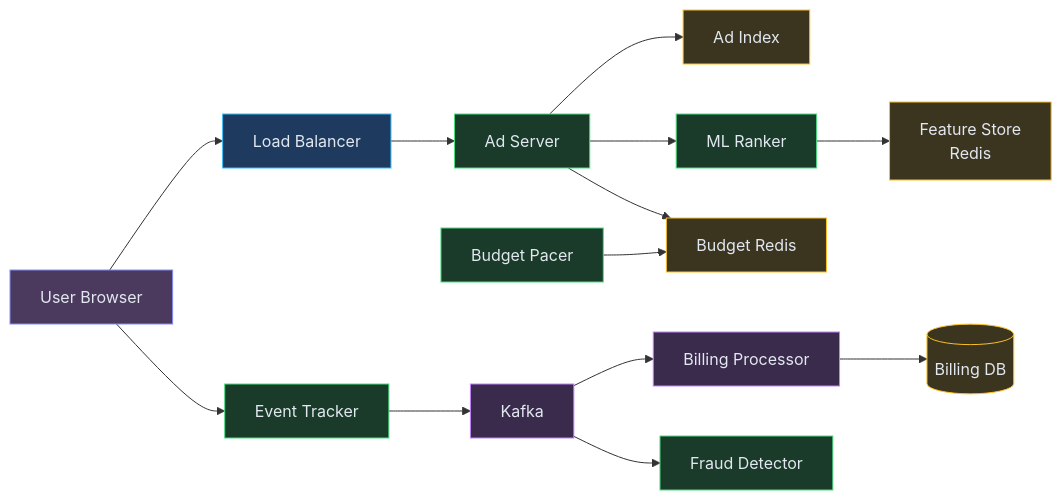
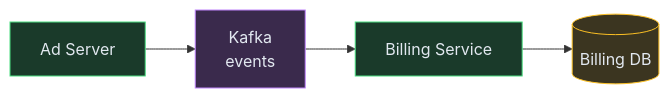
The fourth of 4 diagrams in content/hld/AdSystem.md (iluzn/HLD-Designs), drawn with Mermaid before and after one commit. The commit also changed other lines of this file and 8 other files, not shown here.

````diff
--- a/content/hld/AdSystem.md
+++ b/content/hld/AdSystem.md
@@ -357,35 +138,15 @@
 ```mermaid
 flowchart LR
-    USER["User Browser"]:::client
-    LB["Load Balancer"]:::edge
     ADSERV["Ad Server"]:::service
-    INDEX["Ad Index"]:::data
-    ML["ML Ranker"]:::service
-    FEATURES["Feature Store<br/>Redis"]:::data
-    BUDGET["Budget Redis"]:::data
-    PACER["Budget Pacer"]:::service
-    TRACKER["Event Tracker"]:::service
-    KAFKA["Kafka"]:::async
-    BILLING["Billing Processor"]:::async
-    FRAUD["Fraud Detector"]:::service
-    BILLDB[("Billing DB")]:::data
+    KAFKA["Kafka<br/>events"]:::async
+    BILLING["Billing Service"]:::service
+    DB[("Billing DB")]:::data
 
-    USER --> LB
-    LB --> ADSERV
-    ADSERV --> INDEX
-    ADSERV --> ML
-    ML --> FEATURES
-    ADSERV --> BUDGET
-    PACER --> BUDGET
-    USER --> TRACKER
-    TRACKER --> KAFKA
+    ADSERV --> KAFKA
     KAFKA --> BILLING
-    KAFKA --> FRAUD
-    BILLING --> BILLDB
+    BILLING --> DB
 
-    classDef client fill:#4c3a5e,stroke:#818cf8,color:#e2e8f0
-    classDef edge fill:#1e3a5f,stroke:#38bdf8,color:#e2e8f0
     classDef service fill:#1a3a2a,stroke:#4ade80,color:#e2e8f0
     classDef data fill:#3b3520,stroke:#fbbf24,color:#e2e8f0
     classDef async fill:#3a2a4c,stroke:#c084fc,color:#e2e8f0
 ```
````
